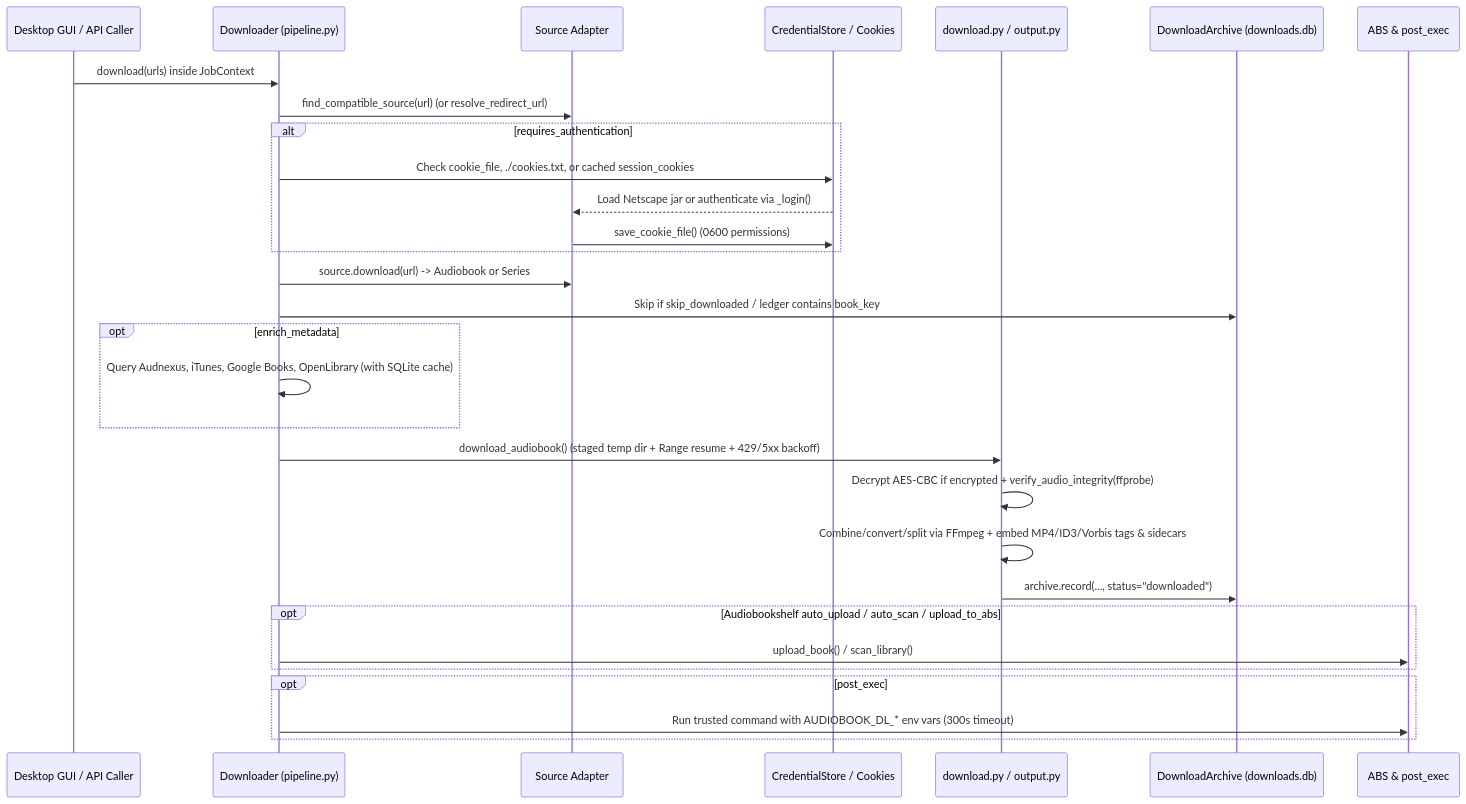
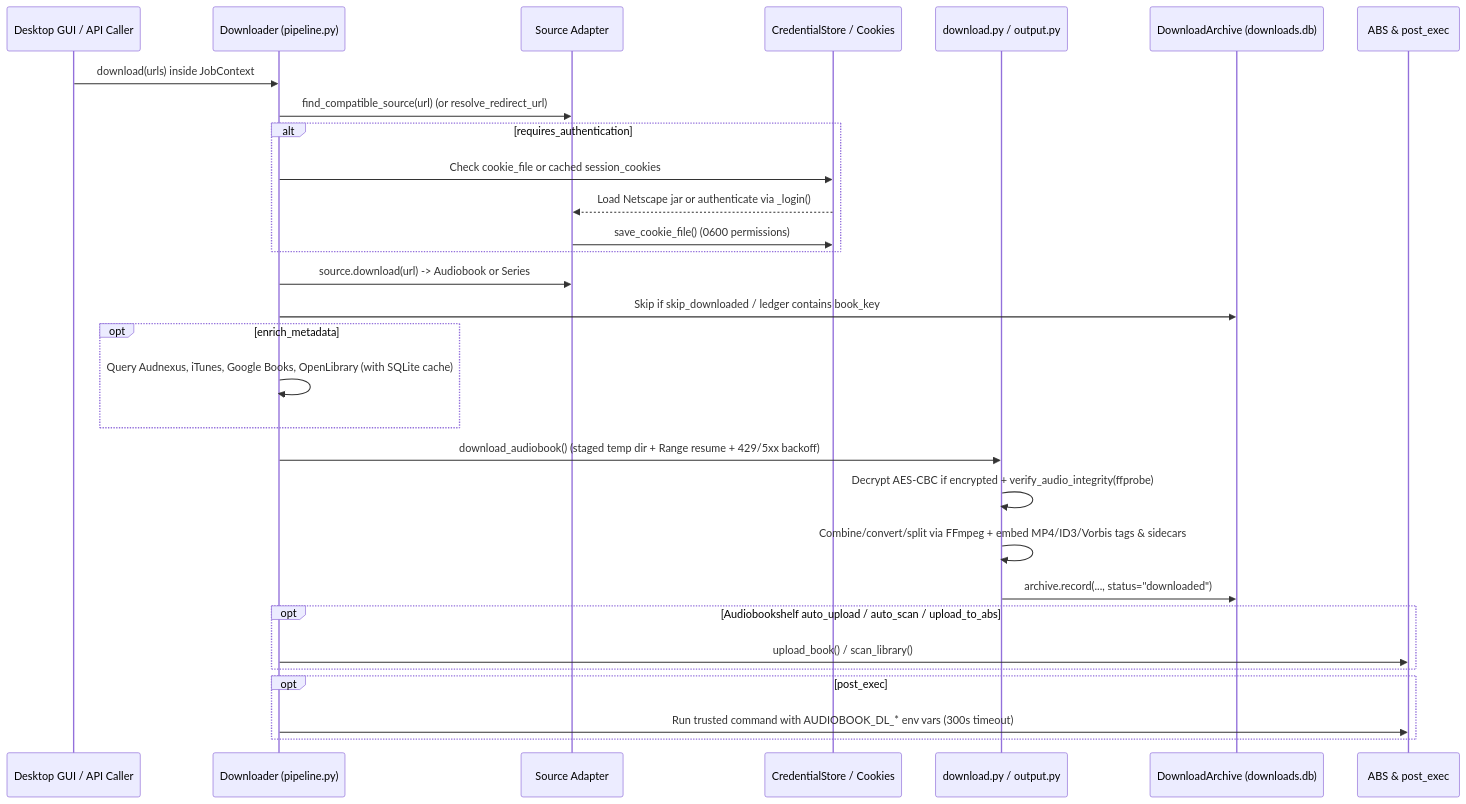
One commit to AndersonDiego42/audiobook-dl changed the first of 3 diagrams in docs/workflows.md. Above: the diagram before and after it, drawn with Mermaid. The commit also changed 18 other files, not shown here.

````diff
--- a/docs/workflows.md
+++ b/docs/workflows.md
@@ -9,33 +9,33 @@
 ```mermaid
 sequenceDiagram
     participant Caller as Desktop GUI / API Caller
     participant DL as Downloader (pipeline.py)
     participant Src as Source Adapter
     participant Auth as CredentialStore / Cookies
     participant IO as download.py / output.py
     participant DB as DownloadArchive (downloads.db)
     participant Hook as ABS & post_exec
 
     Caller->>DL: download(urls) inside JobContext
     DL->>Src: find_compatible_source(url) (or resolve_redirect_url)
     alt requires_authentication
-        DL->>Auth: Check cookie_file, ./cookies.txt, or cached session_cookies
+        DL->>Auth: Check cookie_file or cached session_cookies
         Auth-->>Src: Load Netscape jar or authenticate via _login()
         Src->>Auth: save_cookie_file() (0600 permissions)
     end
     DL->>Src: source.download(url) -> Audiobook or Series
     DL->>DB: Skip if skip_downloaded / ledger contains book_key
     opt enrich_metadata
         DL->>DL: Query Audnexus, iTunes, Google Books, OpenLibrary (with SQLite cache)
     end
     DL->>IO: download_audiobook() (staged temp dir + Range resume + 429/5xx backoff)
     IO->>IO: Decrypt AES-CBC if encrypted + verify_audio_integrity(ffprobe)
     IO->>IO: Combine/convert/split via FFmpeg + embed MP4/ID3/Vorbis tags & sidecars
     IO->>DB: archive.record(..., status="downloaded")
     opt Audiobookshelf auto_upload / auto_scan / upload_to_abs
         DL->>Hook: upload_book() / scan_library()
     end
     opt post_exec
         DL->>Hook: Run trusted command with AUDIOBOOK_DL_* env vars (300s timeout)
     end
 ```
````
